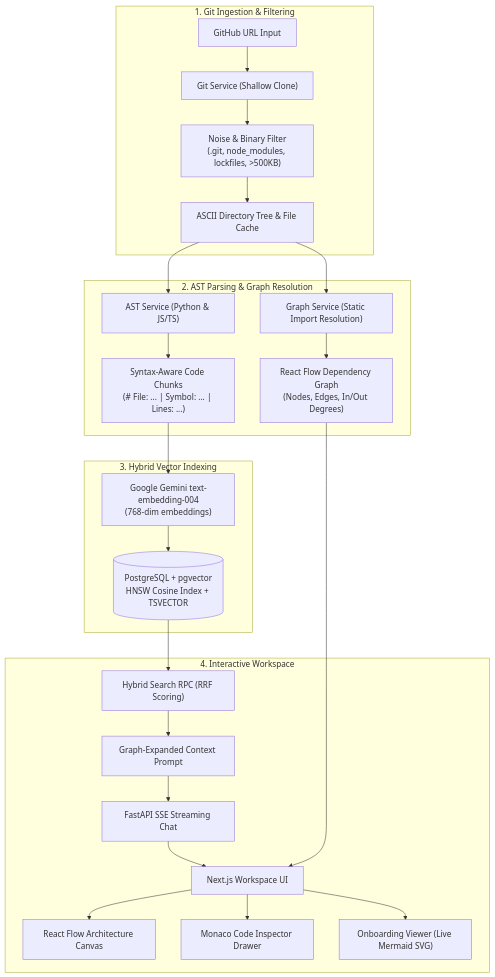
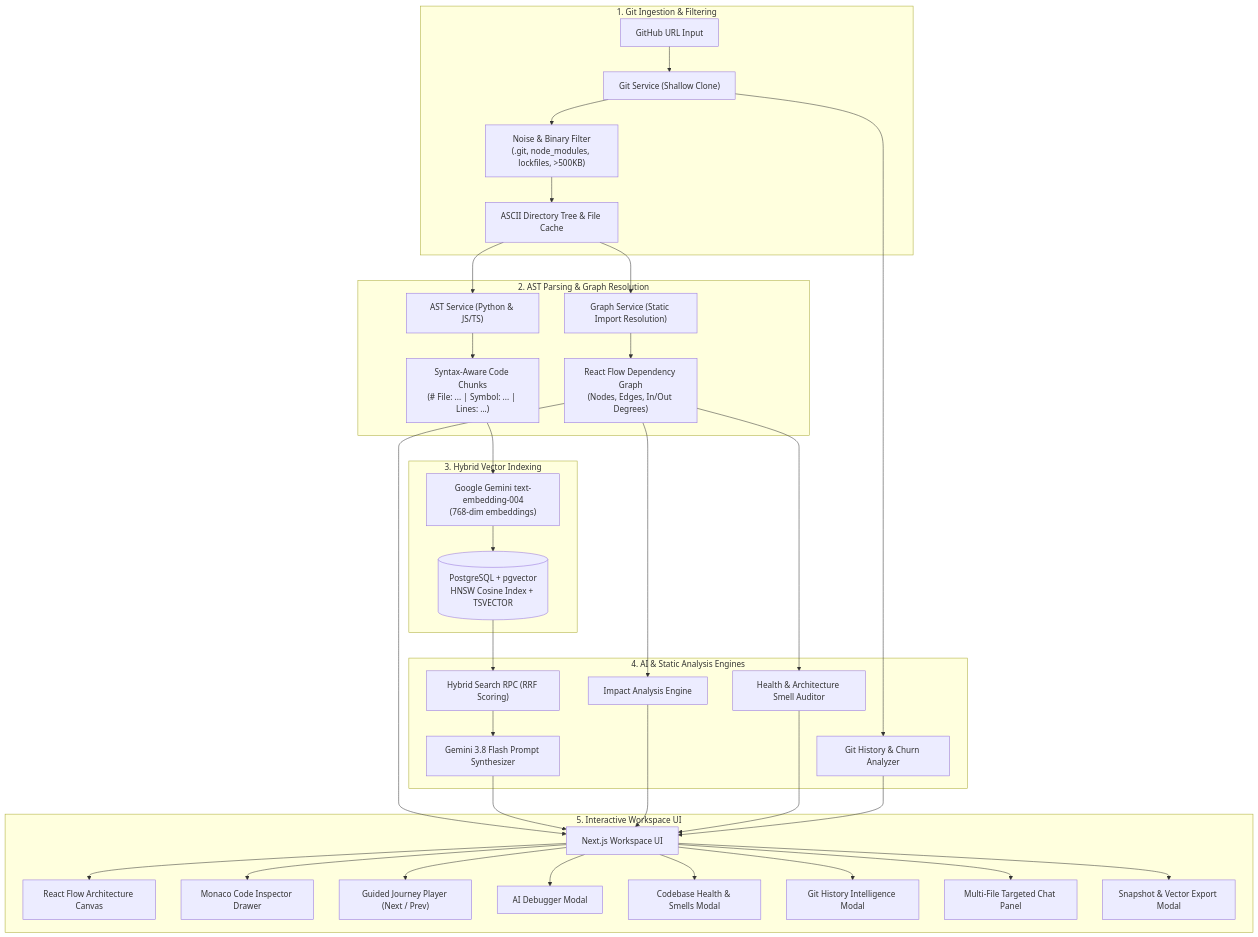
One commit to arpansanap1-stack/codeAtlas changed the diagram in README.md. Above: the diagram before and after it, drawn with Mermaid. The commit also changed other lines of this file and 21 other files, not shown here.

````diff
--- a/README.md
+++ b/README.md
@@ -35,31 +44,40 @@
 ```mermaid
 flowchart TD
     subgraph Ingestion ["1. Git Ingestion & Filtering"]
         A["GitHub URL Input"] --> B["Git Service (Shallow Clone)"]
         B --> C["Noise & Binary Filter\n(.git, node_modules, lockfiles, >500KB)"]
         C --> D["ASCII Directory Tree & File Cache"]
     end
 
     subgraph Analysis ["2. AST Parsing & Graph Resolution"]
         D --> E["AST Service (Python & JS/TS)"]
         E --> F["Syntax-Aware Code Chunks\n(# File: ... | Symbol: ... | Lines: ...)"]
         D --> G["Graph Service (Static Import Resolution)"]
         G --> H["React Flow Dependency Graph\n(Nodes, Edges, In/Out Degrees)"]
     end
 
     subgraph Indexing ["3. Hybrid Vector Indexing"]
         F --> I["Google Gemini text-embedding-004\n(768-dim embeddings)"]
         I --> J[("PostgreSQL + pgvector\nHNSW Cosine Index + TSVECTOR")]
     end
 
-    subgraph Exploration ["4. Interactive Workspace"]
-        J --> K["Hybrid Search RPC (RRF Scoring)"]
-        K --> L["Graph-Expanded Context Prompt"]
-        L --> M["FastAPI SSE Streaming Chat"]
-        M --> N["Next.js Workspace UI"]
-        H --> N
+    subgraph Intelligence ["4. AI & Static Analysis Engines"]
+        H --> K1["Impact Analysis Engine"]
+        H --> K2["Health & Architecture Smell Auditor"]
+        B --> K3["Git History & Churn Analyzer"]
+        J --> K4["Hybrid Search RPC (RRF Scoring)"]
+        K4 --> L["Gemini 3.8 Flash Prompt Synthesizer"]
+    end
+
+    subgraph Exploration ["5. Interactive Workspace UI"]
+        H & L & K1 & K2 & K3 --> N["Next.js Workspace UI"]
         N --> O["React Flow Architecture Canvas"]
         N --> P["Monaco Code Inspector Drawer"]
-        N --> Q["Onboarding Viewer (Live Mermaid SVG)"]
+        N --> Q["Guided Journey Player (Next / Prev)"]
+        N --> R["AI Debugger Modal"]
+        N --> S["Codebase Health & Smells Modal"]
+        N --> T["Git History Intelligence Modal"]
+        N --> U["Multi-File Targeted Chat Panel"]
+        N --> V["Snapshot & Vector Export Modal"]
     end
 ```
````
